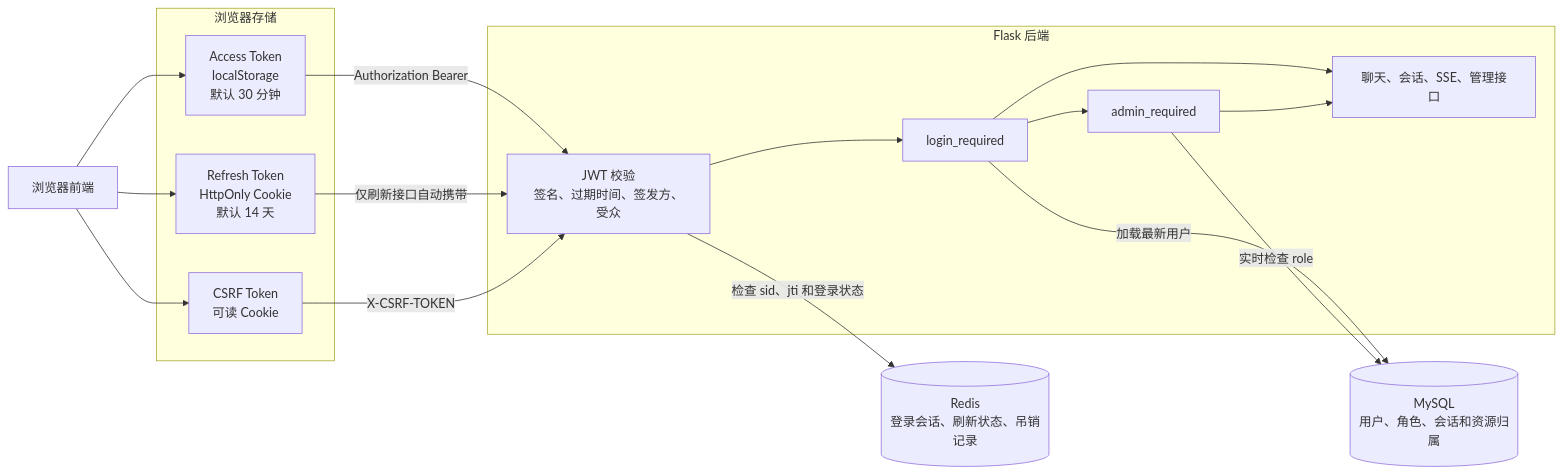
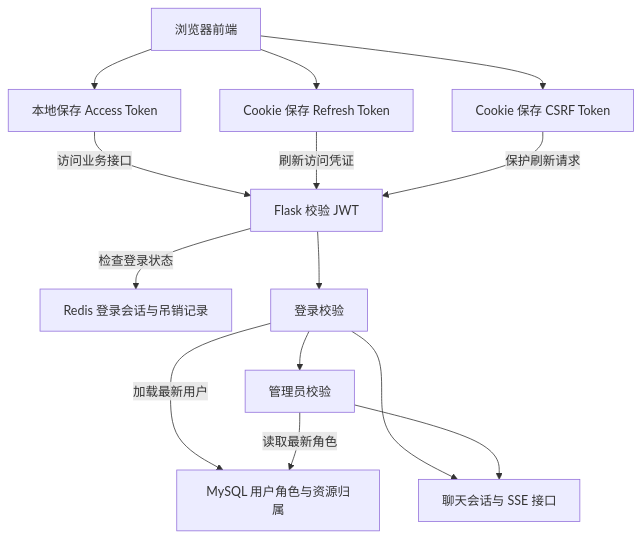
One commit to myth8/zzx-ai-agent changed the first of 9 diagrams in docs/blogs/阶段0.2-JWT与Redis认证体系.md. Above: the diagram before and after it, drawn with Mermaid. The commit also changed other lines of this file and 27 other files, not shown here.

````diff
--- a/docs/blogs/阶段0.2-JWT与Redis认证体系.md
+++ b/docs/blogs/阶段0.2-JWT与Redis认证体系.md
@@ -39,34 +39,16 @@
 ```mermaid
-flowchart LR
-    B[浏览器前端]
-
-    subgraph BrowserStorage[浏览器存储]
-        AT[Access Token<br/>localStorage<br/>默认 30 分钟]
-        RT[Refresh Token<br/>HttpOnly Cookie<br/>默认 14 天]
-        CSRF[CSRF Token<br/>可读 Cookie]
-    end
-
-    subgraph Backend[Flask 后端]
-        JWT[JWT 校验<br/>签名、过期时间、签发方、受众]
-        LOGIN[login_required]
-        ADMIN[admin_required]
-        API[聊天、会话、SSE、管理接口]
-    end
-
-    REDIS[(Redis<br/>登录会话、刷新状态、吊销记录)]
-    MYSQL[(MySQL<br/>用户、角色、会话和资源归属)]
-
-    B --> AT
-    B --> RT
-    B --> CSRF
-    AT -->|Authorization Bearer| JWT
-    RT -->|仅刷新接口自动携带| JWT
-    CSRF -->|X-CSRF-TOKEN| JWT
-    JWT -->|检查 sid、jti 和登录状态| REDIS
-    JWT --> LOGIN
-    LOGIN -->|加载最新用户| MYSQL
-    LOGIN --> API
-    LOGIN --> ADMIN
-    ADMIN -->|实时检查 role| MYSQL
+flowchart TD
+    B["浏览器前端"] --> AT["本地保存 Access Token"]
+    B --> RT["Cookie 保存 Refresh Token"]
+    B --> CSRF["Cookie 保存 CSRF Token"]
+    AT -->|访问业务接口| JWT["Flask 校验 JWT"]
+    RT -->|刷新访问凭证| JWT
+    CSRF -->|保护刷新请求| JWT
+    JWT -->|检查登录状态| REDIS["Redis 登录会话与吊销记录"]
+    JWT --> LOGIN["登录校验"]
+    LOGIN -->|加载最新用户| MYSQL["MySQL 用户角色与资源归属"]
+    LOGIN --> API["聊天会话与 SSE 接口"]
+    LOGIN --> ADMIN["管理员校验"]
+    ADMIN -->|读取最新角色| MYSQL
     ADMIN --> API
 ```
````
